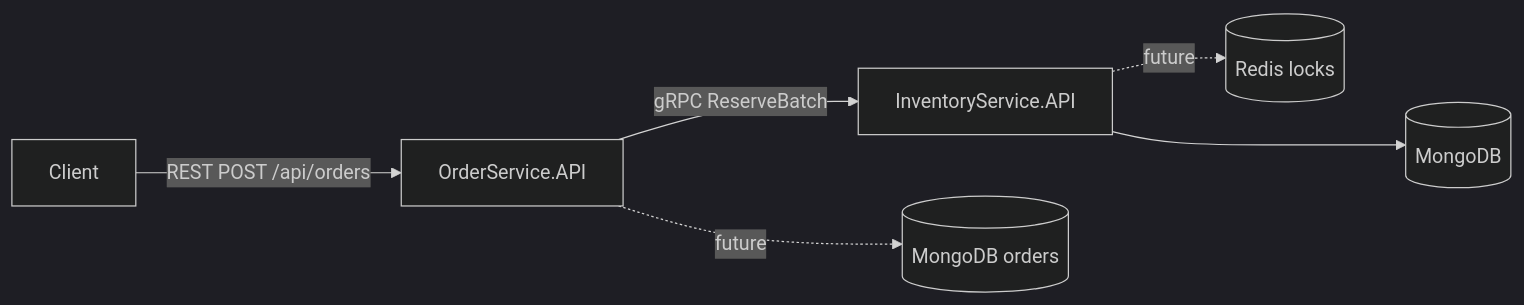
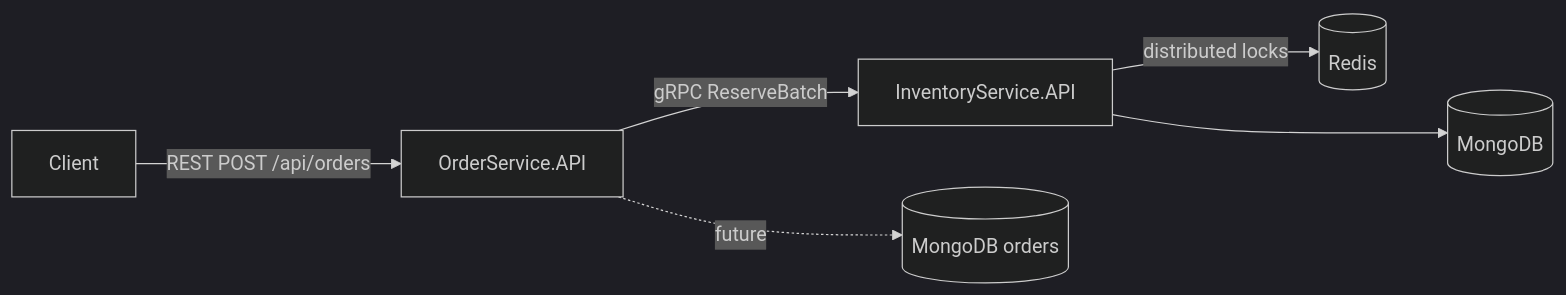
Before and after one commit to abdulkadirozyurt/InventoryReservationSystem: the first of 2 diagrams in README.md, drawn with Mermaid (dark theme). The commit also changed other lines of this file and 4 other files, not shown here.

Commit message:
feat: enhance Redis distributed locking with logging capabilities - add ILogger support to RedisDistributedLockHandle and RedisDistributedLockService - implement logging for lock acquisition, release, and timeout scenarios - introduce RedisLogMessages class for structured logging messages

````diff
--- a/README.md
+++ b/README.md
@@ -32,8 +33,8 @@
 ```mermaid
 flowchart LR
     Client[Client] -->|REST POST /api/orders| OrderAPI[OrderService.API]
     OrderAPI -->|gRPC ReserveBatch| InventoryAPI[InventoryService.API]
     InventoryAPI ---> Mongo[(MongoDB)]
-    InventoryAPI -. future .-> Redis[(Redis locks)]
+    InventoryAPI -->|distributed locks| Redis[(Redis)]
     OrderAPI -. future .-> OrderDb[(MongoDB orders)]
 ```
````
